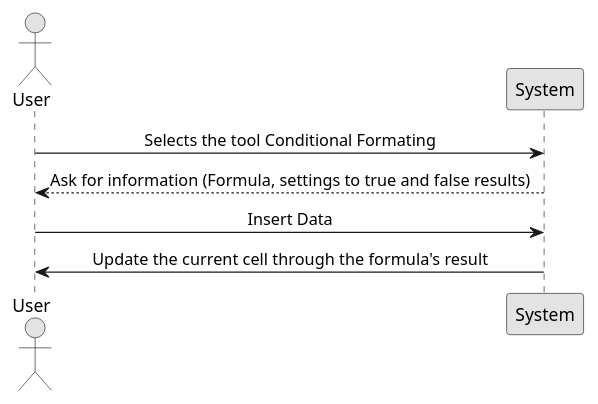
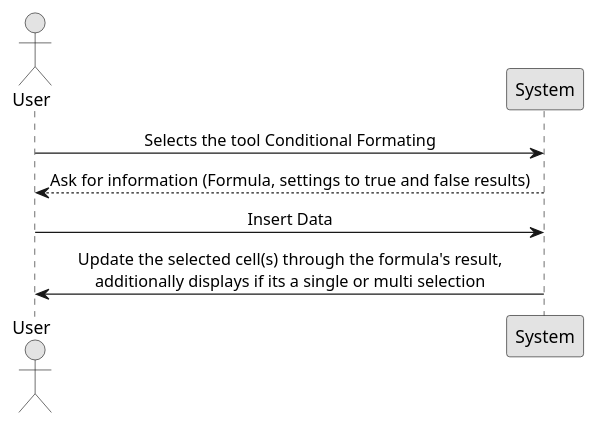
Before and after one commit to PeFerreira98/ISEP.Lic.LAPR4_2017: the diagram in src/main/java/lapr4/red/s2/lang/n1140376/lang03.2_analysis.puml, drawn with PlantUML. The commit also changed 6 other files, not shown here.

```diff
--- a/src/main/java/lapr4/red/s2/lang/n1140376/lang03.2_analysis.puml
+++ b/src/main/java/lapr4/red/s2/lang/n1140376/lang03.2_analysis.puml
@@ -1,17 +1,17 @@
 @startuml lang03.1_analysis.png
 
 skinparam sequenceMessageAlign center
 skinparam monochrome true
 
 actor User
 participant "System" as s
 
 User->s: Selects the tool Conditional Formating
 
 s-->User: Ask for information (Formula, settings to true and false results)
 
 User->s: Insert Data
 
-s->User:Update the current cell through the formula's result
+s->User:Update the selected cell(s) through the formula's result,\nadditionally displays if its a single or multi selection
 
 @enduml
```
